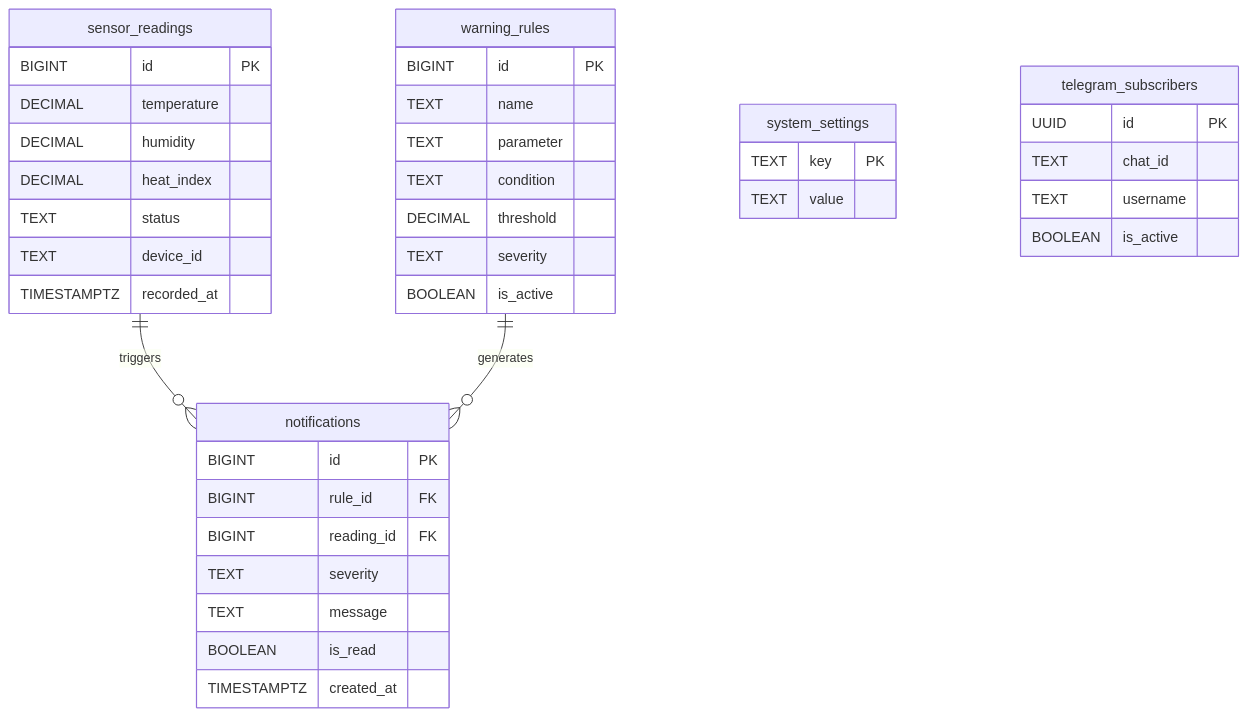
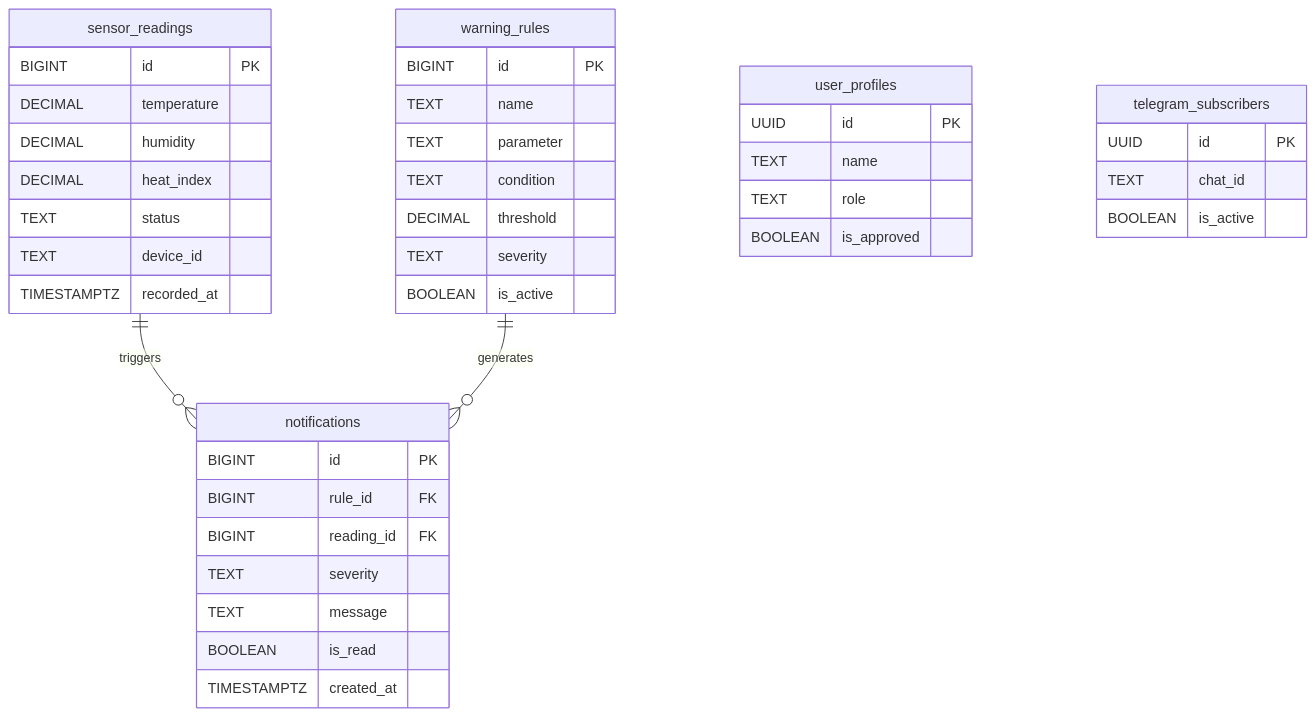
One commit to boyishwara/omaggot changed the third of 4 diagrams in README.md. Above: the diagram before and after it, drawn with Mermaid. The commit also changed other lines of this file and 8 other files, not shown here.

````diff
--- a/README.md
+++ b/README.md
@@ -89,47 +77,48 @@
 ```mermaid
 erDiagram
     sensor_readings ||--o{ notifications : triggers
     warning_rules ||--o{ notifications : generates
     
     sensor_readings {
         BIGINT id PK
         DECIMAL temperature
         DECIMAL humidity
         DECIMAL heat_index
         TEXT status
         TEXT device_id
         TIMESTAMPTZ recorded_at
     }
     
     warning_rules {
         BIGINT id PK
         TEXT name
         TEXT parameter
         TEXT condition
         DECIMAL threshold
         TEXT severity
         BOOLEAN is_active
     }
     
     notifications {
         BIGINT id PK
         BIGINT rule_id FK
         BIGINT reading_id FK
         TEXT severity
         TEXT message
         BOOLEAN is_read
         TIMESTAMPTZ created_at
     }
     
-    system_settings {
-        TEXT key PK
-        TEXT value
+    user_profiles {
+        UUID id PK
+        TEXT name
+        TEXT role
+        BOOLEAN is_approved
     }
     
     telegram_subscribers {
         UUID id PK
         TEXT chat_id
-        TEXT username
         BOOLEAN is_active
     }
 ```
````
